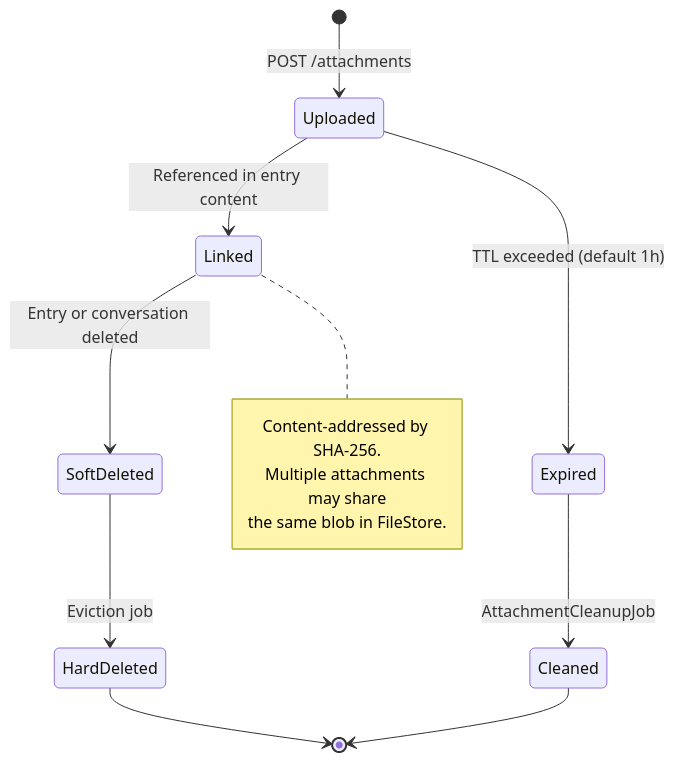
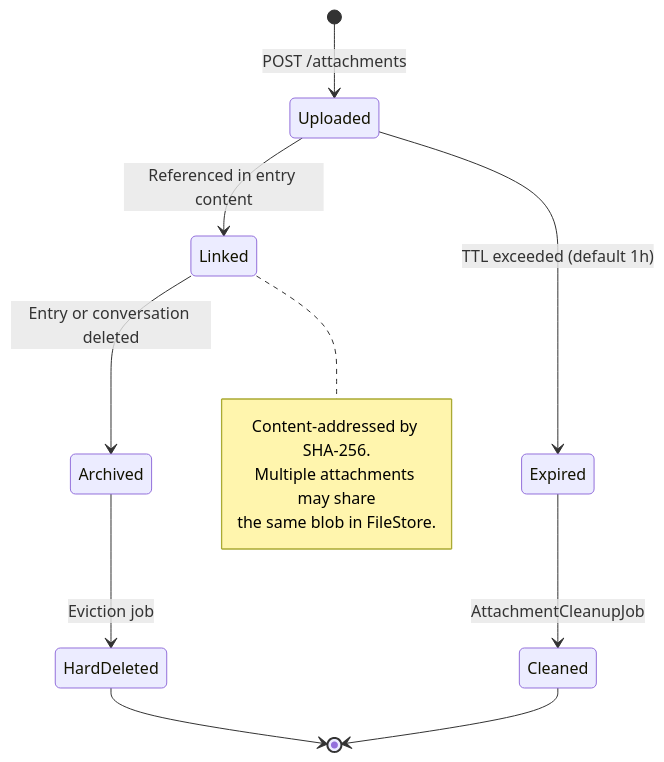
The eighth of 9 diagrams in docs/architecture.md (chirino/memory-service), drawn with Mermaid before and after one commit. The commit also changed 154 other files, not shown here.

````diff
--- a/docs/architecture.md
+++ b/docs/architecture.md
@@ -280,17 +280,17 @@
 ```mermaid
 stateDiagram-v2
     [*] --> Uploaded : POST /attachments
     Uploaded --> Linked : Referenced in entry content
     Uploaded --> Expired : TTL exceeded (default 1h)
-    Linked --> SoftDeleted : Entry or conversation deleted
+    Linked --> Archived : Entry or conversation deleted
     Expired --> Cleaned : AttachmentCleanupJob
-    SoftDeleted --> HardDeleted : Eviction job
+    Archived --> HardDeleted : Eviction job
     Cleaned --> [*]
     HardDeleted --> [*]
 
     note right of Linked
         Content-addressed by SHA-256.
         Multiple attachments may share
         the same blob in FileStore.
     end note
 ```
````
